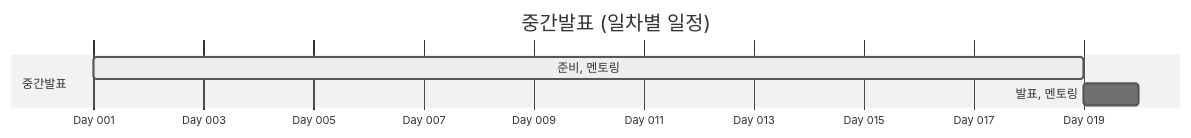
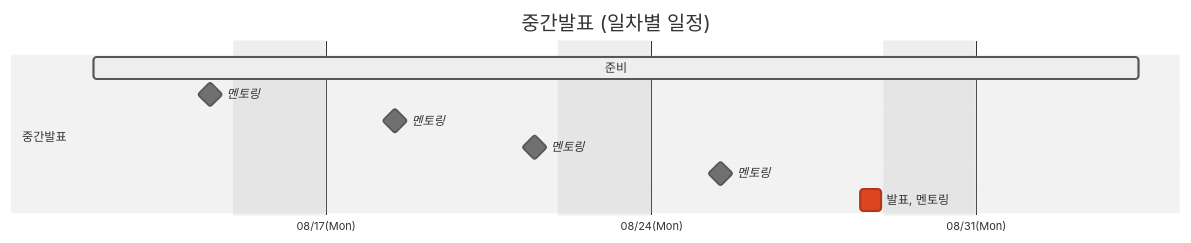
One commit to SAJOYO/.github changed the third of 4 diagrams in profile/README.md. Above: the diagram before and after it, drawn with Mermaid (neutral theme). The commit also changed other lines of this file, not shown here.

First line of the commit message:
Refine mid/final presentation gantt charts

````diff
--- a/profile/README.md
+++ b/profile/README.md
@@ -53,14 +53,20 @@
 ```mermaid
 gantt
     title 중간발표 (일차별 일정)
-    dateFormat  YYYY-MM-DD
-    
-    %% 축을 일수(Day 01, Day 05...) 형태로 표시하고 5일 단위로 눈금을 끕니다
-    axisFormat Day %j
-    tickInterval 5d
+    dateFormat  YYYY-MM-DD HH:mm
+
+    %% 반나절 단위는 dateFormat에 시간을 넣어 표현합니다 (전반부 00:00~12:00 / 후반부 12:00~24:00)
+    axisFormat %m/%d(%a)
+    tickInterval 1week
+    weekday monday
+    excludes weekends
 
     section 중간발표
-    준비, 멘토링             : active, a1, 2026-01-01, 18d
-    발표, 멘토링             : a2, after a1, 1d
+    준비                    : active, a1, 2026-08-12 00:00, 2026-08-28 12:00
+    멘토링               : milestone, m1, 2026-08-14 12:00, 0d
+    멘토링               : milestone, m2, 2026-08-18 12:00, 0d
+    멘토링               : milestone, m3, 2026-08-21 12:00, 0d
+    멘토링               : milestone, m4, 2026-08-25 12:00, 0d
+    발표, 멘토링             : crit, a2, 2026-08-28 12:00, 2026-08-28 23:00
 
 ```
````
